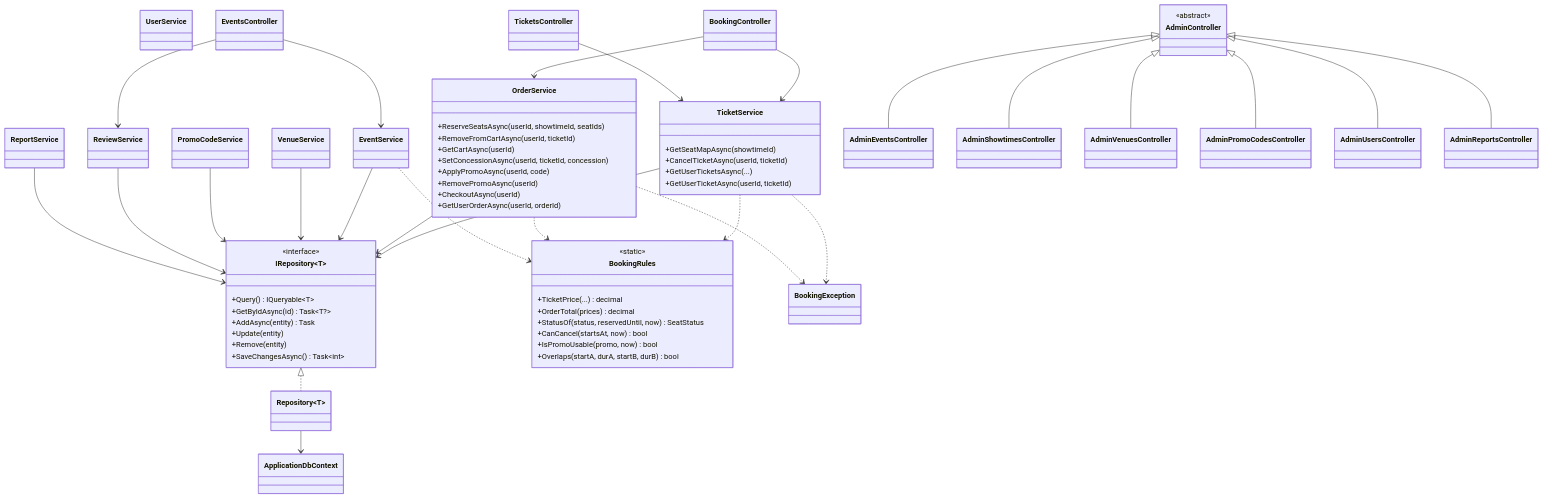
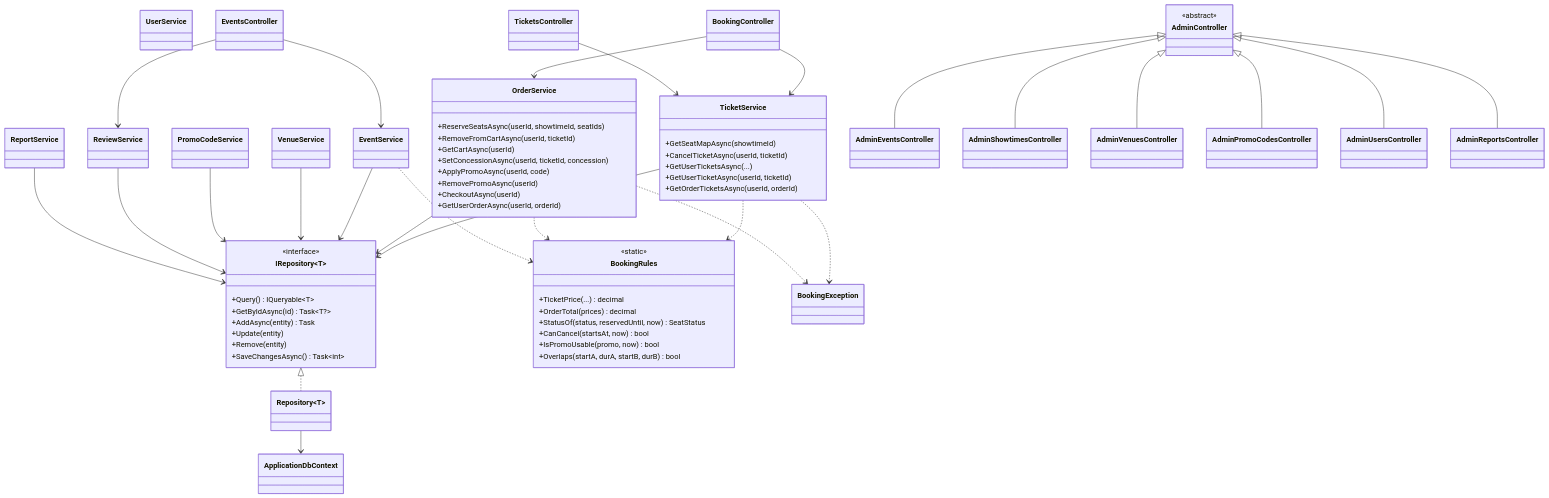
The third of 4 diagrams in docs/Documentation.md (Milankata08/Eventix-Hub), drawn with Mermaid before and after one commit. The commit also changed 4 other files, not shown here.

````diff
--- a/docs/Documentation.md
+++ b/docs/Documentation.md
@@ -227,80 +227,81 @@
 ```mermaid
 classDiagram
     class IRepository~T~ {
         <<interface>>
         +Query() IQueryable~T~
         +GetByIdAsync(id) Task~T?~
         +AddAsync(entity) Task
         +Update(entity)
         +Remove(entity)
         +SaveChangesAsync() Task~int~
     }
     class Repository~T~
     IRepository~T~ <|.. Repository~T~
     Repository~T~ --> ApplicationDbContext
 
     class BookingRules {
         <<static>>
         +TicketPrice(...) decimal
         +OrderTotal(prices) decimal
         +StatusOf(status, reservedUntil, now) SeatStatus
         +CanCancel(startsAt, now) bool
         +IsPromoUsable(promo, now) bool
         +Overlaps(startA, durA, startB, durB) bool
     }
     class BookingException
 
     class TicketService {
         +GetSeatMapAsync(showtimeId)
         +CancelTicketAsync(userId, ticketId)
         +GetUserTicketsAsync(...)
         +GetUserTicketAsync(userId, ticketId)
+        +GetOrderTicketsAsync(userId, orderId)
     }
     class OrderService {
         +ReserveSeatsAsync(userId, showtimeId, seatIds)
         +RemoveFromCartAsync(userId, ticketId)
         +GetCartAsync(userId)
         +SetConcessionAsync(userId, ticketId, concession)
         +ApplyPromoAsync(userId, code)
         +RemovePromoAsync(userId)
         +CheckoutAsync(userId)
         +GetUserOrderAsync(userId, orderId)
     }
     class EventService
     class VenueService
     class PromoCodeService
     class ReviewService
     class UserService
     class ReportService
 
     TicketService --> IRepository~T~
     OrderService --> IRepository~T~
     EventService --> IRepository~T~
     VenueService --> IRepository~T~
     PromoCodeService --> IRepository~T~
     ReviewService --> IRepository~T~
     ReportService --> IRepository~T~
     TicketService ..> BookingRules
     OrderService ..> BookingRules
     EventService ..> BookingRules
     TicketService ..> BookingException
     OrderService ..> BookingException
 
     class BookingController
     class TicketsController
     class EventsController
     class AdminController {
         <<abstract>>
     }
     BookingController --> TicketService
     BookingController --> OrderService
     TicketsController --> TicketService
     EventsController --> EventService
     EventsController --> ReviewService
     AdminController <|-- AdminEventsController
     AdminController <|-- AdminShowtimesController
     AdminController <|-- AdminVenuesController
     AdminController <|-- AdminPromoCodesController
     AdminController <|-- AdminUsersController
     AdminController <|-- AdminReportsController
 ```
````
